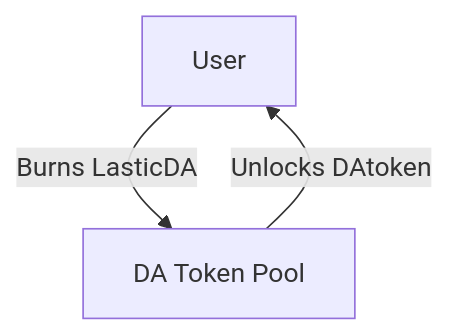
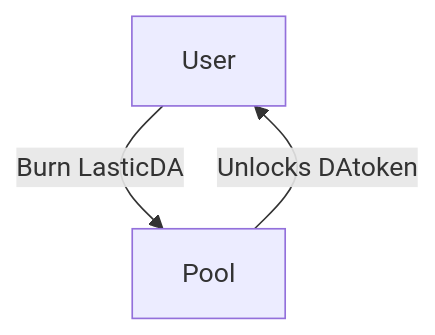
One commit to LasticXYZ/DAtokenPriceSim changed the second of 7 diagrams in README.md. Above: the diagram before and after it, drawn with Mermaid. The commit also changed other lines of this file and 2 other files, not shown here.

````diff
--- a/README.md
+++ b/README.md
@@ -75,5 +70,5 @@
 ```mermaid
 flowchart TD
-    A[User] -->|Burns LasticDA| C[DA Token Pool]
-    C -->|Unlocks DAtoken| A
+    A[User] -->|Burn LasticDA| C
+    C[Pool] -->|Unlocks DAtoken| A
 ```
````
